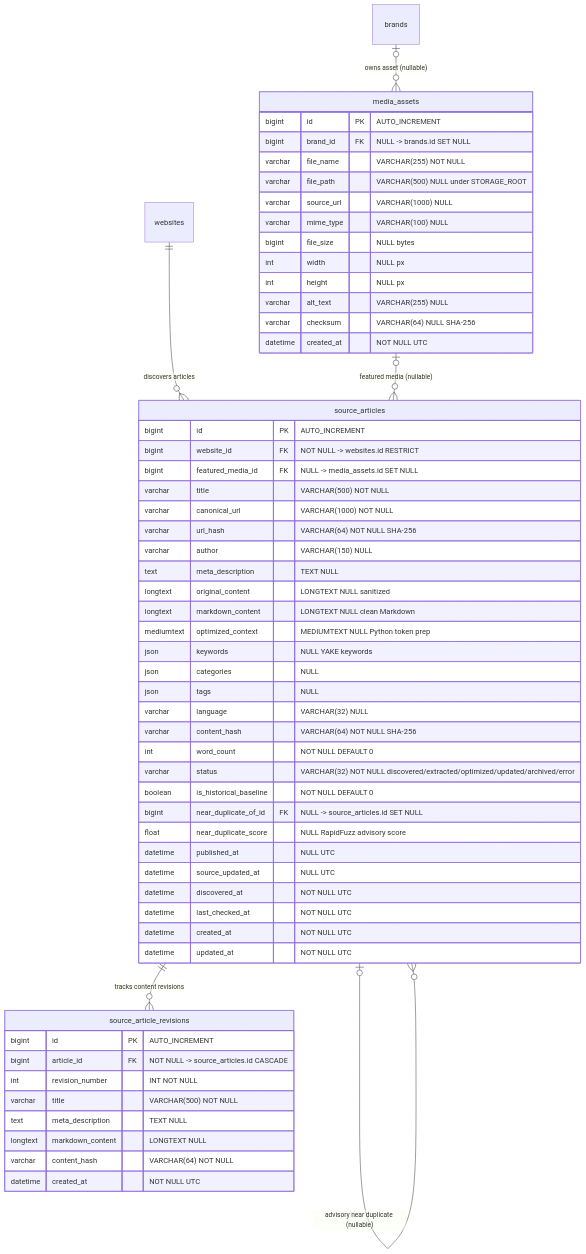
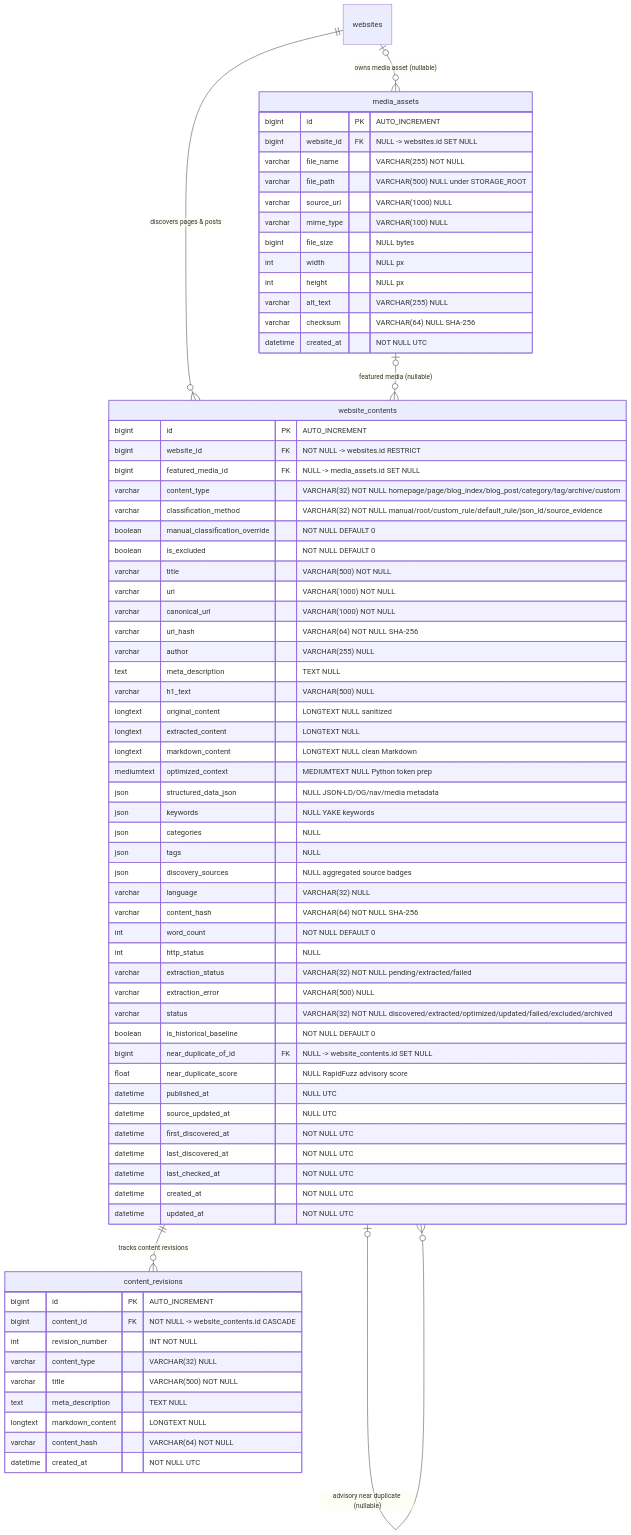
One commit to YumiAlmero03/website-management changed the third of 10 diagrams in contenthub-ai/docs/DATABASE.md. Above: the diagram before and after it, drawn with Mermaid. The commit also changed other lines of this file and 94 other files, not shown here.

````diff
--- a/contenthub-ai/docs/DATABASE.md
+++ b/contenthub-ai/docs/DATABASE.md
@@ -287,64 +371,78 @@
 ```mermaid
 erDiagram
-    brands |o--o{ media_assets : "owns asset (nullable)"
-    websites ||--o{ source_articles : "discovers articles"
-    media_assets |o--o{ source_articles : "featured media (nullable)"
-    source_articles |o--o{ source_articles : "advisory near duplicate (nullable)"
-    source_articles ||--o{ source_article_revisions : "tracks content revisions"
+    websites |o--o{ media_assets : "owns media asset (nullable)"
+    websites ||--o{ website_contents : "discovers pages & posts"
+    media_assets |o--o{ website_contents : "featured media (nullable)"
+    website_contents |o--o{ website_contents : "advisory near duplicate (nullable)"
+    website_contents ||--o{ content_revisions : "tracks content revisions"
 
     media_assets {
         bigint id PK "AUTO_INCREMENT"
-        bigint brand_id FK "NULL -> brands.id SET NULL"
+        bigint website_id FK "NULL -> websites.id SET NULL"
         varchar file_name "VARCHAR(255) NOT NULL"
         varchar file_path "VARCHAR(500) NULL under STORAGE_ROOT"
         varchar source_url "VARCHAR(1000) NULL"
         varchar mime_type "VARCHAR(100) NULL"
         bigint file_size "NULL bytes"
         int width "NULL px"
         int height "NULL px"
         varchar alt_text "VARCHAR(255) NULL"
         varchar checksum "VARCHAR(64) NULL SHA-256"
         datetime created_at "NOT NULL UTC"
     }
 
-    source_articles {
+    website_contents {
         bigint id PK "AUTO_INCREMENT"
         bigint website_id FK "NOT NULL -> websites.id RESTRICT"
         bigint featured_media_id FK "NULL -> media_assets.id SET NULL"
+        varchar content_type "VARCHAR(32) NOT NULL homepage/page/blog_index/blog_post/category/tag/archive/custom"
+        varchar classification_method "VARCHAR(32) NOT NULL manual/root/custom_rule/default_rule/json_ld/source_evidence"
+        boolean manual_classification_override "NOT NULL DEFAULT 0"
+        boolean is_excluded "NOT NULL DEFAULT 0"
         varchar title "VARCHAR(500) NOT NULL"
+        varchar url "VARCHAR(1000) NOT NULL"
         varchar canonical_url "VARCHAR(1000) NOT NULL"
         varchar url_hash "VARCHAR(64) NOT NULL SHA-256"
-        varchar author "VARCHAR(150) NULL"
+        varchar author "VARCHAR(255) NULL"
         text meta_description "TEXT NULL"
+        varchar h1_text "VARCHAR(500) NULL"
         longtext original_content "LONGTEXT NULL sanitized"
+        longtext extracted_content "LONGTEXT NULL"
         longtext markdown_content "LONGTEXT NULL clean Markdown"
         mediumtext optimized_context "MEDIUMTEXT NULL Python token prep"
+        json structured_data_json "NULL JSON-LD/OG/nav/media metadata"
         json keywords "NULL YAKE keywords"
         json categories "NULL"
         json tags "NULL"
+        json discovery_sources "NULL aggregated source badges"
         varchar language "VARCHAR(32) NULL"
         varchar content_hash "VARCHAR(64) NOT NULL SHA-256"
         int word_count "NOT NULL DEFAULT 0"
-        varchar status "VARCHAR(32) NOT NULL discovered/extracted/optimized/updated/archived/error"
+        int http_status "NULL"
+        varchar extraction_status "VARCHAR(32) NOT NULL pending/extracted/failed"
+        varchar extraction_error "VARCHAR(500) NULL"
+        varchar status "VARCHAR(32) NOT NULL discovered/extracted/optimized/updated/failed/excluded/archived"
         boolean is_historical_baseline "NOT NULL DEFAULT 0"
-        bigint near_duplicate_of_id FK "NULL -> source_articles.id SET NULL"
+        bigint near_duplicate_of_id FK "NULL -> website_contents.id SET NULL"
         float near_duplicate_score "NULL RapidFuzz advisory score"
         datetime published_at "NULL UTC"
         datetime source_updated_at "NULL UTC"
-        datetime discovered_at "NOT NULL UTC"
+        datetime first_discovered_at "NOT NULL UTC"
+        datetime last_discovered_at "NOT NULL UTC"
         datetime last_checked_at "NOT NULL UTC"
         datetime created_at "NOT NULL UTC"
         datetime updated_at "NOT NULL UTC"
     }
 
-    source_article_revisions {
+    content_revisions {
         bigint id PK "AUTO_INCREMENT"
-        bigint article_id FK "NOT NULL -> source_articles.id CASCADE"
+        bigint content_id FK "NOT NULL -> website_contents.id CASCADE"
         int revision_number "INT NOT NULL"
+        varchar content_type "VARCHAR(32) NULL"
         varchar title "VARCHAR(500) NOT NULL"
         text meta_description "TEXT NULL"
         longtext markdown_content "LONGTEXT NULL"
         varchar content_hash "VARCHAR(64) NOT NULL"
         datetime created_at "NOT NULL UTC"
     }
 ```
````
